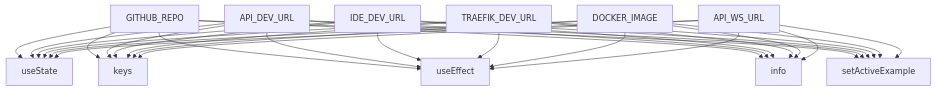
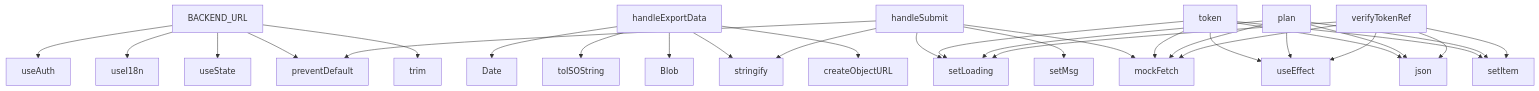
Before and after one commit to oqlos/www: the diagram in project/context.md, drawn with Mermaid. The commit also changed other lines of this file and 58 other files, not shown here.

````diff
--- a/project/context.md
+++ b/project/context.md
@@ -296,33 +308,33 @@
 ```mermaid
 graph TD
-    GITHUB_REPO --> useState
-    GITHUB_REPO --> keys
-    GITHUB_REPO --> useEffect
-    GITHUB_REPO --> info
-    GITHUB_REPO --> setActiveExample
-    API_DEV_URL --> useState
-    API_DEV_URL --> keys
-    API_DEV_URL --> useEffect
-    API_DEV_URL --> info
-    API_DEV_URL --> setActiveExample
-    IDE_DEV_URL --> useState
-    IDE_DEV_URL --> keys
-    IDE_DEV_URL --> useEffect
-    IDE_DEV_URL --> info
-    IDE_DEV_URL --> setActiveExample
-    TRAEFIK_DEV_URL --> useState
-    TRAEFIK_DEV_URL --> keys
-    TRAEFIK_DEV_URL --> useEffect
-    TRAEFIK_DEV_URL --> info
-    TRAEFIK_DEV_URL --> setActiveExample
-    DOCKER_IMAGE --> useState
-    DOCKER_IMAGE --> keys
-    DOCKER_IMAGE --> useEffect
-    DOCKER_IMAGE --> info
-    DOCKER_IMAGE --> setActiveExample
-    API_WS_URL --> useState
-    API_WS_URL --> keys
-    API_WS_URL --> useEffect
-    API_WS_URL --> info
-    API_WS_URL --> setActiveExample
+    BACKEND_URL --> useAuth
+    BACKEND_URL --> useI18n
+    BACKEND_URL --> useState
+    BACKEND_URL --> preventDefault
+    BACKEND_URL --> trim
+    handleExportData --> Date
+    handleExportData --> toISOString
+    handleExportData --> Blob
+    handleExportData --> stringify
+    handleExportData --> createObjectURL
+    handleSubmit --> preventDefault
+    handleSubmit --> setLoading
+    handleSubmit --> setMsg
+    handleSubmit --> mockFetch
+    handleSubmit --> stringify
+    token --> useEffect
+    token --> setLoading
+    token --> mockFetch
+    token --> json
+    token --> setItem
+    plan --> useEffect
+    plan --> setLoading
+    plan --> mockFetch
+    plan --> json
+    plan --> setItem
+    verifyTokenRef --> useEffect
+    verifyTokenRef --> setLoading
+    verifyTokenRef --> mockFetch
+    verifyTokenRef --> json
+    verifyTokenRef --> setItem
 ```
````
